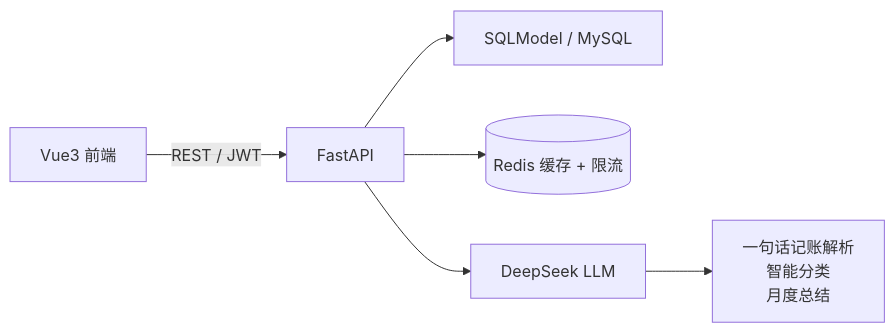
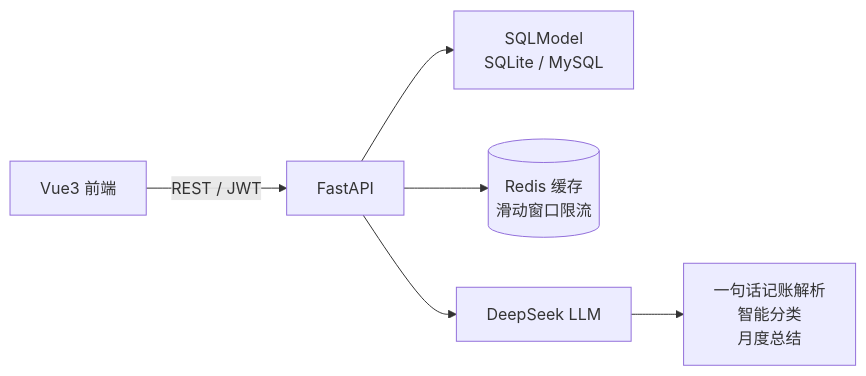
One commit to hpx123300/money-mate changed the diagram in README.md. Above: the diagram before and after it, drawn with Mermaid. The commit also changed other lines of this file and 21 other files, not shown here.

````diff
--- a/README.md
+++ b/README.md
@@ -27,8 +27,8 @@
 ```mermaid
 flowchart LR
     V[Vue3 前端] -->|REST / JWT| A[FastAPI]
-    A --> S[SQLModel / MySQL]
-    A --> R[(Redis 缓存 + 限流)]
+    A --> S[SQLModel<br/>SQLite / MySQL]
+    A --> R[(Redis 缓存<br/>滑动窗口限流)]
     A --> L[DeepSeek LLM]
     L --> P[一句话记账解析<br/>智能分类<br/>月度总结]
 ```
````
